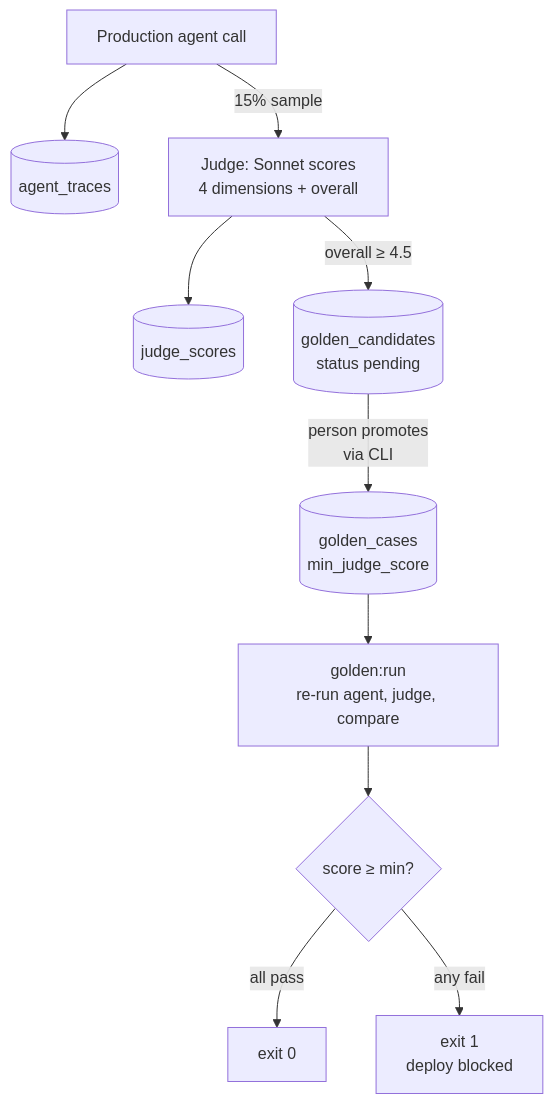
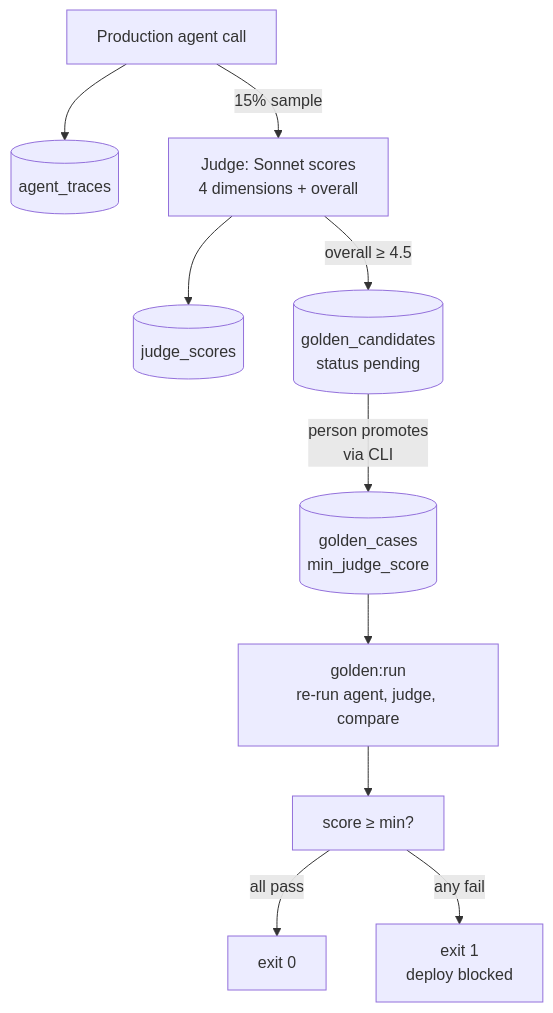
Before and after one commit to chintan-dshel/aible: the fourth of 5 diagrams in docs/teardowns/projectos.md, drawn with Mermaid. The commit also changed other lines of this file and 12 other files, not shown here.

First line of the commit message:
Restructure per pedagogy review; fix root-cause CSS/Mermaid presentation bugs

````diff
--- a/docs/teardowns/projectos.md
+++ b/docs/teardowns/projectos.md
@@ -127,12 +152,19 @@
 ```mermaid
+---
+config:
+  themeVariables:
+    fontSize: 16px
+---
 flowchart TB
+  accTitle: The judge and golden dataset pipeline
+  accDescr: Fifteen percent of production agent calls are scored by a judge against four dimensions plus an overall score. Scores at or above 4.5 become golden candidates. A person promotes candidates to golden cases with a minimum score. The golden run re-runs cases and exits with a failure code if any fall below their minimum.
   P["Production agent call"]:::agent --> T[("agent_traces")]:::store
   P -- "15% sample" --> J["Judge: Sonnet scores<br/>4 dimensions + overall"]:::agent
   J --> S[("judge_scores")]:::store
   J -- "overall ≥ 4.5" --> GC[("golden_candidates<br/>status pending")]:::store
   GC -- "person promotes<br/>via CLI" --> GK[("golden_cases<br/>min_judge_score")]:::store
   GK --> GR["golden:run<br/>re-run agent, judge, compare"]:::orch
-  GR --> X{"score ≥ min?"}:::gate
+  GR --> X["score ≥ min?"]:::gate
   X -- "all pass" --> OK["exit 0"]:::orch
   X -- "any fail" --> NO["exit 1<br/>deploy blocked"]:::fail
 ```
````
